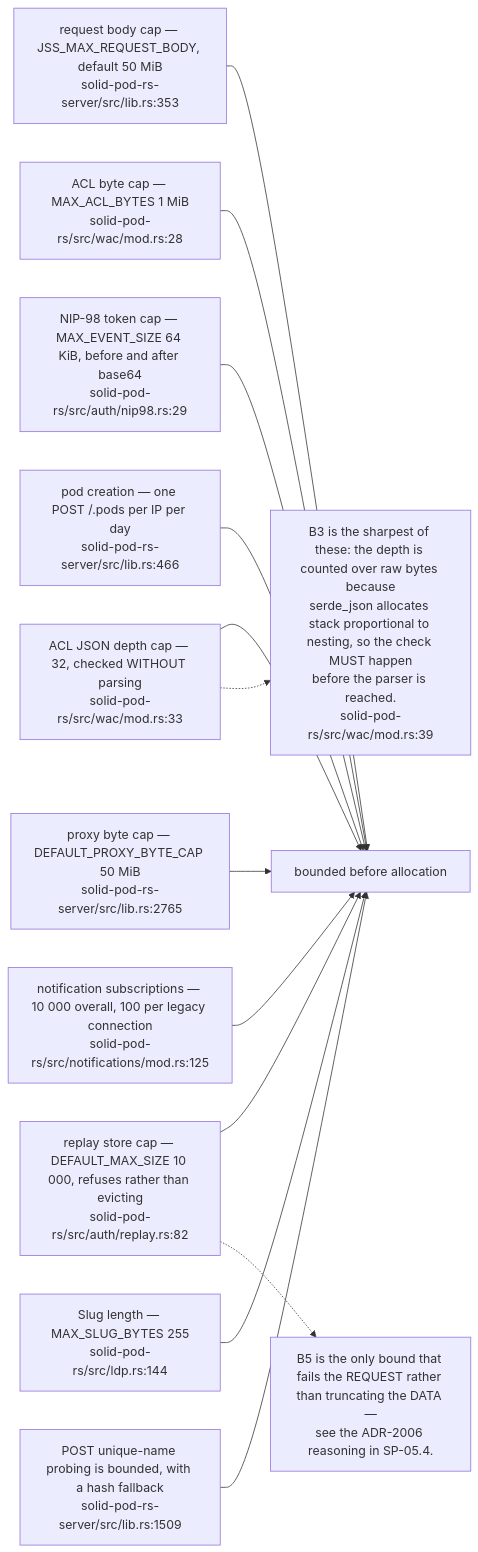
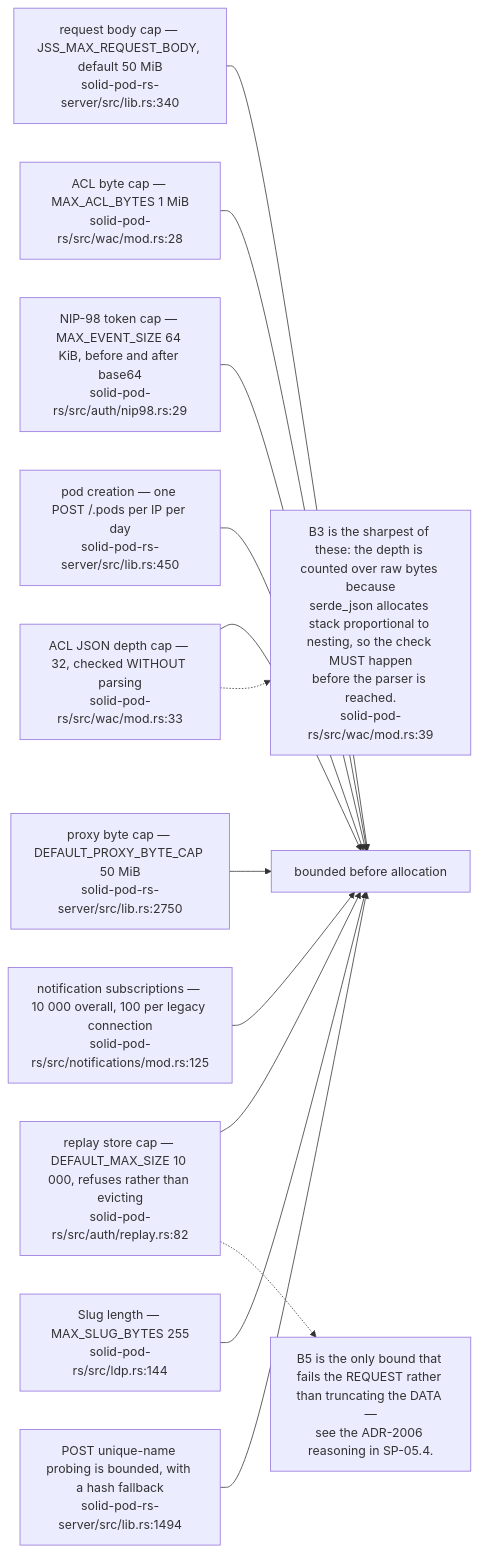
Before and after one commit to DreamLab-AI/VisionFlow: the tenth of 12 diagrams in docs/diagrams/solid-pod-rs/10-failure-modes-and-invariants.md, drawn with Mermaid. The commit also changed other lines of this file and 111 other files, not shown here.

Commit message:
docs(diagrams): align estate maps with current source

````diff
--- a/docs/diagrams/solid-pod-rs/10-failure-modes-and-invariants.md
+++ b/docs/diagrams/solid-pod-rs/10-failure-modes-and-invariants.md
@@ -274,29 +273,29 @@
 ```mermaid
 flowchart LR
-    B1["request body cap — JSS_MAX_REQUEST_BODY, default 50 MiB<br/>solid-pod-rs-server/src/lib.rs:353"]
+    B1["request body cap — JSS_MAX_REQUEST_BODY, default 50 MiB<br/>solid-pod-rs-server/src/lib.rs:340"]
     B2["ACL byte cap — MAX_ACL_BYTES 1 MiB<br/>solid-pod-rs/src/wac/mod.rs:28"]
     B3["ACL JSON depth cap — 32, checked WITHOUT parsing<br/>solid-pod-rs/src/wac/mod.rs:33"]
     B4["NIP-98 token cap — MAX_EVENT_SIZE 64 KiB, before and after base64<br/>solid-pod-rs/src/auth/nip98.rs:29"]
     B5["replay store cap — DEFAULT_MAX_SIZE 10 000, refuses rather than evicting<br/>solid-pod-rs/src/auth/replay.rs:82"]
-    B6["pod creation — one POST /.pods per IP per day<br/>solid-pod-rs-server/src/lib.rs:466"]
-    B7["proxy byte cap — DEFAULT_PROXY_BYTE_CAP 50 MiB<br/>solid-pod-rs-server/src/lib.rs:2765"]
+    B6["pod creation — one POST /.pods per IP per day<br/>solid-pod-rs-server/src/lib.rs:450"]
+    B7["proxy byte cap — DEFAULT_PROXY_BYTE_CAP 50 MiB<br/>solid-pod-rs-server/src/lib.rs:2750"]
     B8["notification subscriptions — 10 000 overall, 100 per legacy connection<br/>solid-pod-rs/src/notifications/mod.rs:125"]
     B9["Slug length — MAX_SLUG_BYTES 255<br/>solid-pod-rs/src/ldp.rs:144"]
-    B10["POST unique-name probing is bounded, with a hash fallback<br/>solid-pod-rs-server/src/lib.rs:1509"]
+    B10["POST unique-name probing is bounded, with a hash fallback<br/>solid-pod-rs-server/src/lib.rs:1494"]
 
     B1 --> D["bounded before allocation"]
     B2 --> D
     B3 --> D
     B4 --> D
     B5 --> D
     B6 --> D
     B7 --> D
     B8 --> D
     B9 --> D
     B10 --> D
 
     N["B3 is the sharpest of these: the depth is counted over raw bytes because<br/>serde_json allocates stack proportional to nesting, so the check MUST happen<br/>before the parser is reached.<br/>solid-pod-rs/src/wac/mod.rs:39"]
     B3 -.-> N
     N2["B5 is the only bound that fails the REQUEST rather than truncating the DATA —<br/>see the ADR-2006 reasoning in SP-05.4."]
     B5 -.-> N2
 ```
````
